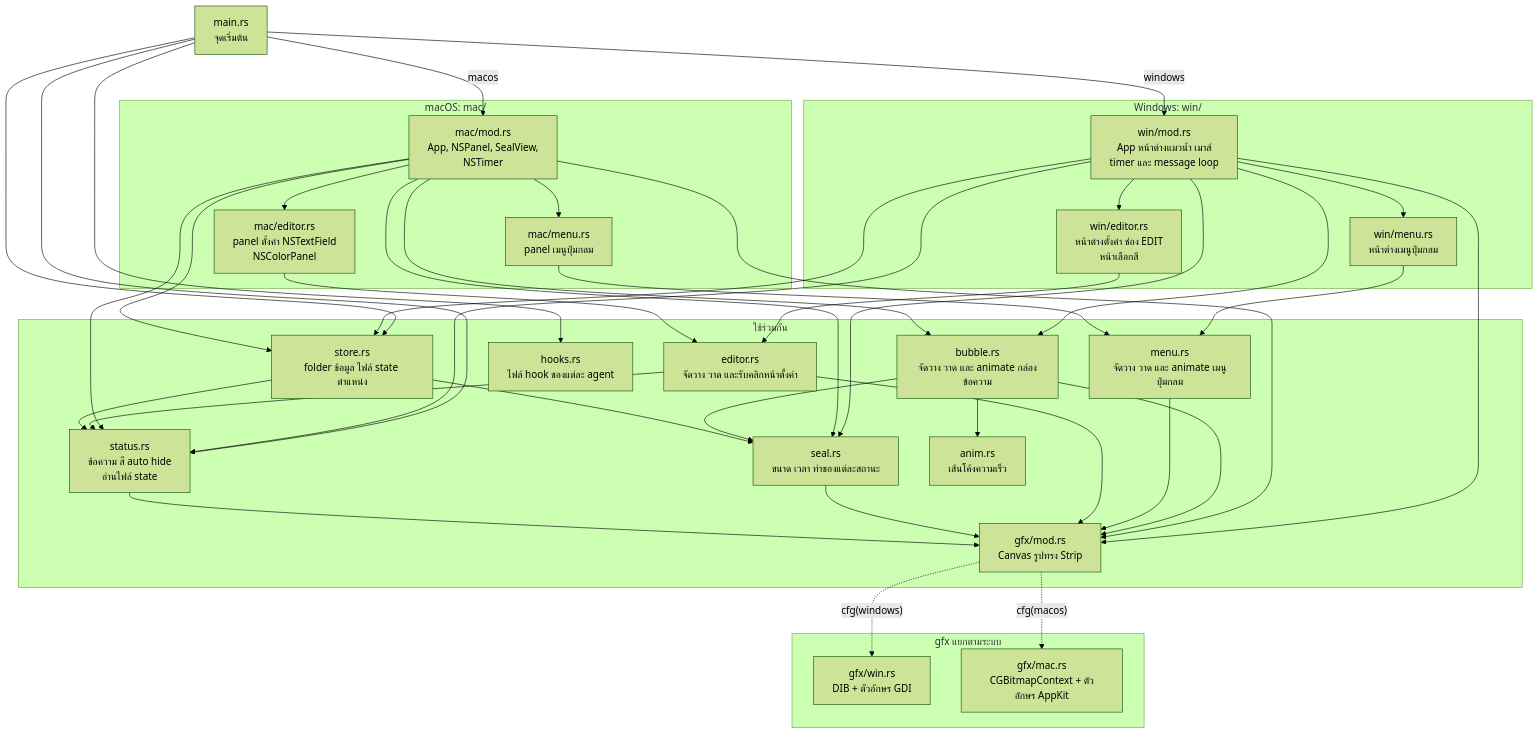
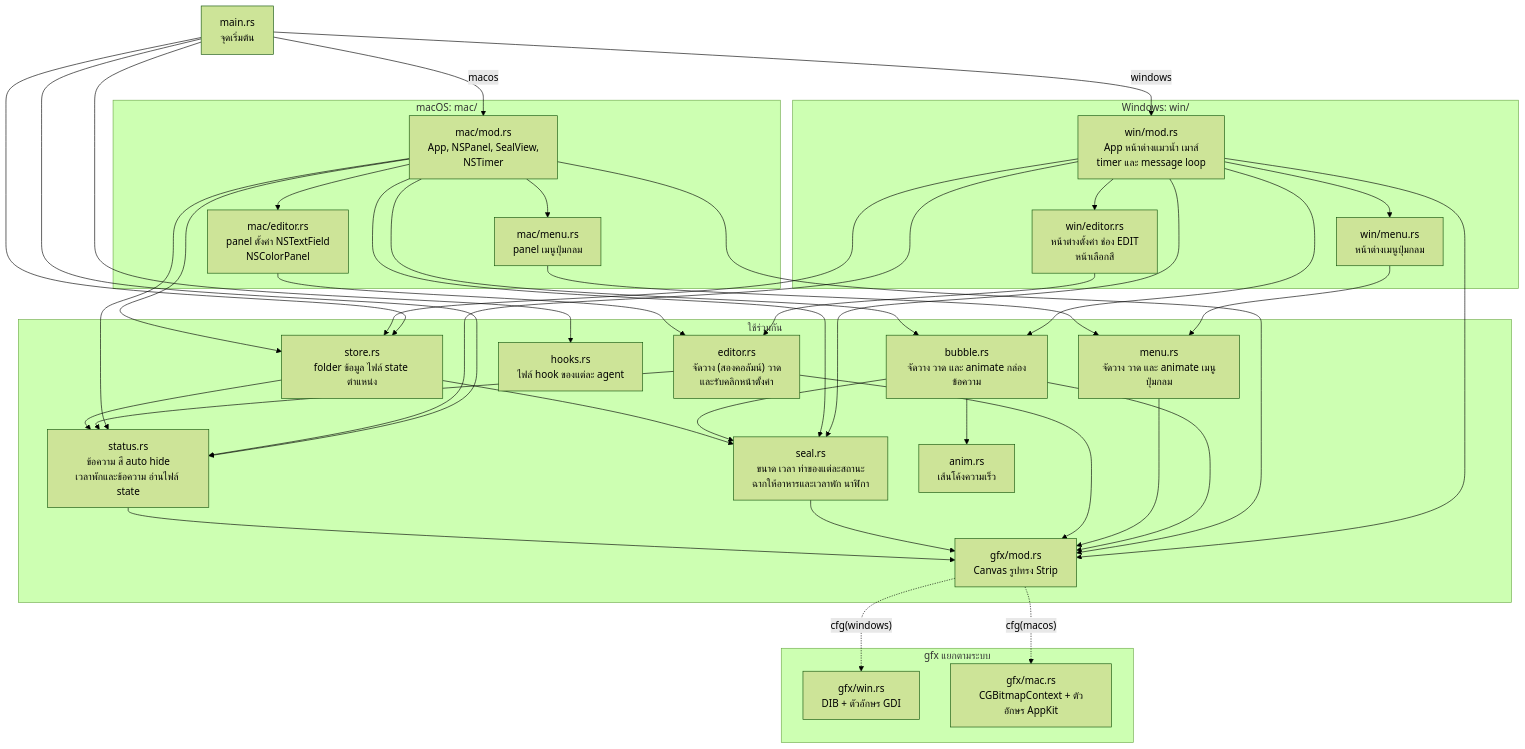
The second of 7 diagrams in docs/th/architecture.md (thanachaiakt/ai-mascot-hook), drawn with Mermaid (forest theme) before and after one commit. The commit also changed other lines of this file and 44 other files, not shown here.

````diff
--- a/docs/th/architecture.md
+++ b/docs/th/architecture.md
@@ -39,63 +46,63 @@
 ```mermaid
 flowchart TB
     main["main.rs<br/>จุดเริ่มต้น"]
 
     subgraph shared["ใช้ร่วมกัน"]
-        seal["seal.rs<br/>ขนาด เวลา ท่าของแต่ละสถานะ"]
+        seal["seal.rs<br/>ขนาด เวลา ท่าของแต่ละสถานะ<br/>ฉากให้อาหารและเวลาพัก นาฬิกา"]
         store["store.rs<br/>folder ข้อมูล ไฟล์ state ตำแหน่ง"]
-        status["status.rs<br/>ข้อความ สี auto hide<br/>อ่านไฟล์ state"]
+        status["status.rs<br/>ข้อความ สี auto hide<br/>เวลาพักและข้อความ อ่านไฟล์ state"]
         bubble["bubble.rs<br/>จัดวาง วาด และ animate กล่องข้อความ"]
         menu["menu.rs<br/>จัดวาง วาด และ animate เมนูปุ่มกลม"]
-        editor["editor.rs<br/>จัดวาง วาด และรับคลิกหน้าตั้งค่า"]
+        editor["editor.rs<br/>จัดวาง (สองคอลัมน์) วาด<br/>และรับคลิกหน้าตั้งค่า"]
         hooks["hooks.rs<br/>ไฟล์ hook ของแต่ละ agent"]
         anim["anim.rs<br/>เส้นโค้งความเร็ว"]
         gfx["gfx/mod.rs<br/>Canvas รูปทรง Strip"]
     end
 
     subgraph backends["gfx แยกตามระบบ"]
         gwin["gfx/win.rs<br/>DIB + ตัวอักษร GDI"]
         gmac["gfx/mac.rs<br/>CGBitmapContext + ตัวอักษร AppKit"]
     end
 
     subgraph win["Windows: win/"]
         wmod["win/mod.rs<br/>App หน้าต่างแมวน้ำ เมาส์<br/>timer และ message loop"]
         wmenu["win/menu.rs<br/>หน้าต่างเมนูปุ่มกลม"]
         wed["win/editor.rs<br/>หน้าต่างตั้งค่า ช่อง EDIT<br/>หน้าเลือกสี"]
     end
 
     subgraph mac["macOS: mac/"]
         mmod["mac/mod.rs<br/>App, NSPanel, SealView,<br/>NSTimer"]
         mmenu["mac/menu.rs<br/>panel เมนูปุ่มกลม"]
         med["mac/editor.rs<br/>panel ตั้งค่า NSTextField<br/>NSColorPanel"]
     end
 
     main --> hooks
     main --> status
     main --> store
     main -- "windows" --> wmod
     main -- "macos" --> mmod
 
     wmod --> wmenu
     wmod --> wed
     mmod --> mmenu
     mmod --> med
     wmenu & mmenu --> menu
     wed & med --> editor
     wmod & mmod --> bubble
     wmod & mmod --> seal
     wmod & mmod --> store
     wmod & mmod --> status
     wmod & mmod --> gfx
 
     bubble --> anim
     bubble --> gfx
     menu & editor --> gfx
     editor --> status
     bubble --> seal
     store --> seal
     store --> status
     seal --> gfx
     status --> gfx
     gfx -. "cfg(windows)" .-> gwin
     gfx -. "cfg(macos)" .-> gmac
 ```
````
